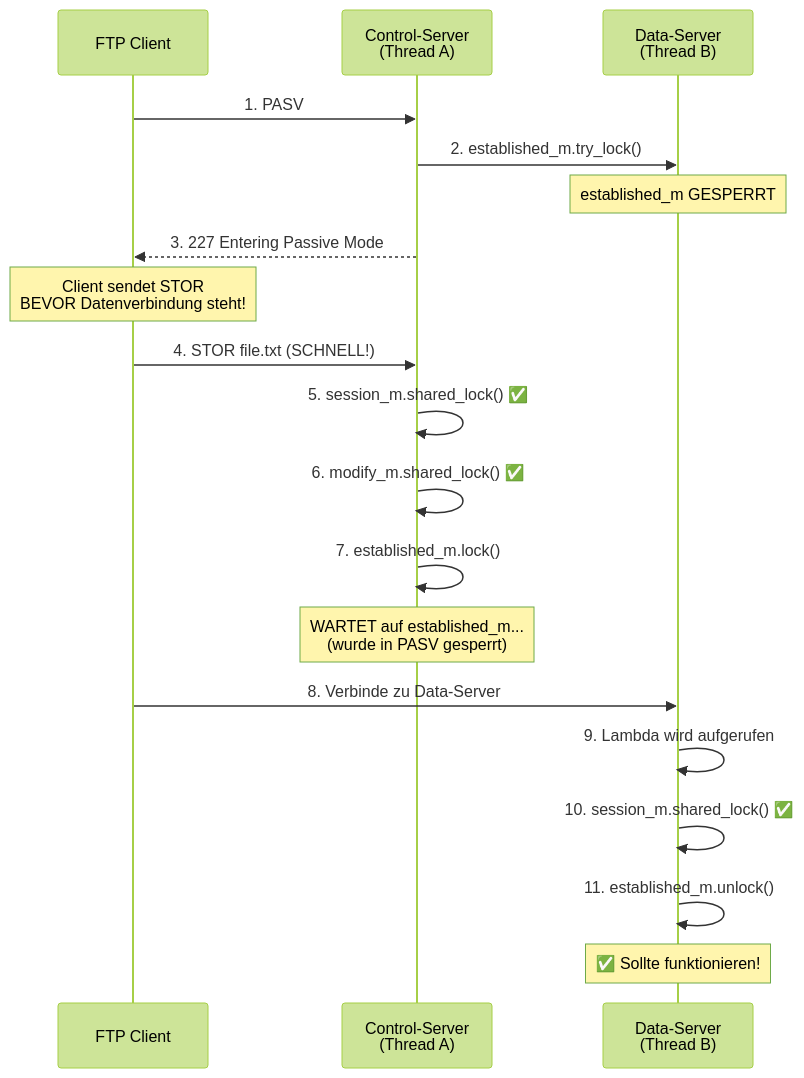
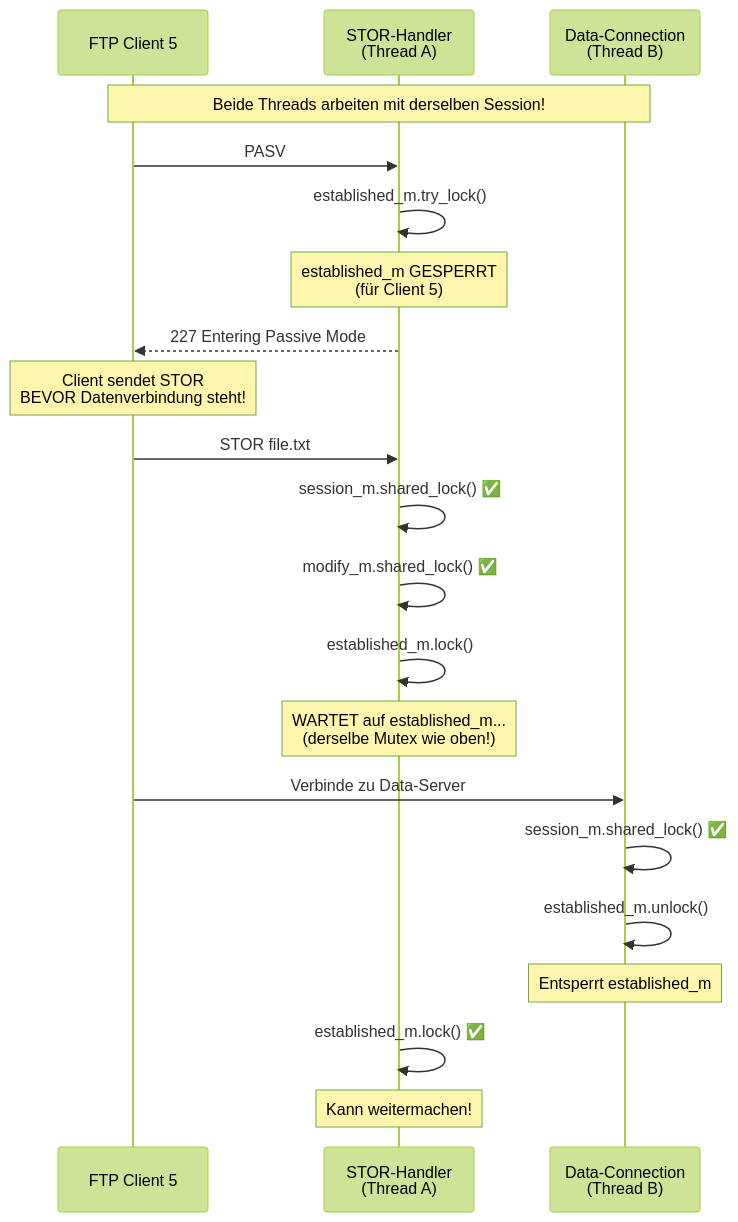
Before and after one commit to nilshenrich/TCP_ServerClient: the seventh of 17 diagrams in src/ftp/issue-14/ANALYSE.md, drawn with Mermaid (forest theme). The commit also changed other lines of this file and 1 other file, not shown here.

Commit message:
Analysis update: Mind shared lock

````diff
--- a/src/ftp/issue-14/ANALYSE.md
+++ b/src/ftp/issue-14/ANALYSE.md
@@ -124,28 +235,31 @@
 ```mermaid
 sequenceDiagram
-    participant C as FTP Client
-    participant CS as Control-Server<br/>(Thread A)
-    participant DS as Data-Server<br/>(Thread B)
+    participant C as FTP Client 5
+    participant STOR as STOR-Handler<br/>(Thread A)
+    participant DC as Data-Connection<br/>(Thread B)
 
-    C->>CS: 1. PASV
-    CS->>DS: 2. established_m.try_lock()
-    Note over DS: established_m GESPERRT
+    Note over C,DC: Beide Threads arbeiten mit derselben Session!
 
-    CS-->>C: 3. 227 Entering Passive Mode
+    C->>STOR: PASV
+    STOR->>STOR: established_m.try_lock()
+    Note over STOR: established_m GESPERRT<br/>(für Client 5)
+
+    STOR-->>C: 227 Entering Passive Mode
 
     Note over C: Client sendet STOR<br/>BEVOR Datenverbindung steht!
-    C->>CS: 4. STOR file.txt (SCHNELL!)
+    C->>STOR: STOR file.txt
 
-    CS->>CS: 5. session_m.shared_lock() ✅
-    CS->>CS: 6. modify_m.shared_lock() ✅
+    STOR->>STOR: session_m.shared_lock() ✅
+    STOR->>STOR: modify_m.shared_lock() ✅
+    STOR->>STOR: established_m.lock()
+    Note over STOR: WARTET auf established_m...<br/>(derselbe Mutex wie oben!)
 
-    CS->>CS: 7. established_m.lock()
-    Note over CS: WARTET auf established_m...<br/>(wurde in PASV gesperrt)
+    C->>DC: Verbinde zu Data-Server
 
-    C->>DS: 8. Verbinde zu Data-Server
+    DC->>DC: session_m.shared_lock() ✅
+    DC->>DC: established_m.unlock()
+    Note over DC: Entsperrt established_m
 
-    DS->>DS: 9. Lambda wird aufgerufen
-    DS->>DS: 10. session_m.shared_lock() ✅
-    DS->>DS: 11. established_m.unlock()
-    Note over DS: ✅ Sollte funktionieren!
+    STOR->>STOR: established_m.lock() ✅
+    Note over STOR: Kann weitermachen!
 ```
````
